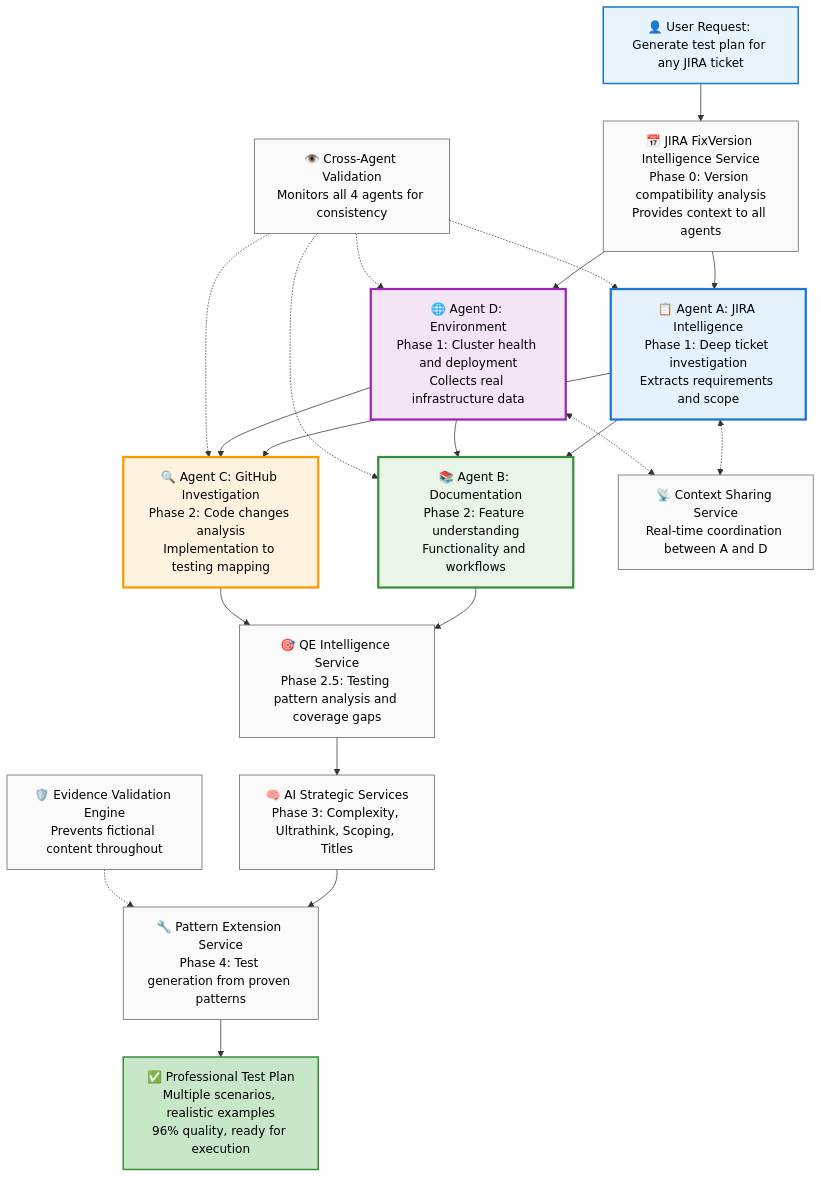
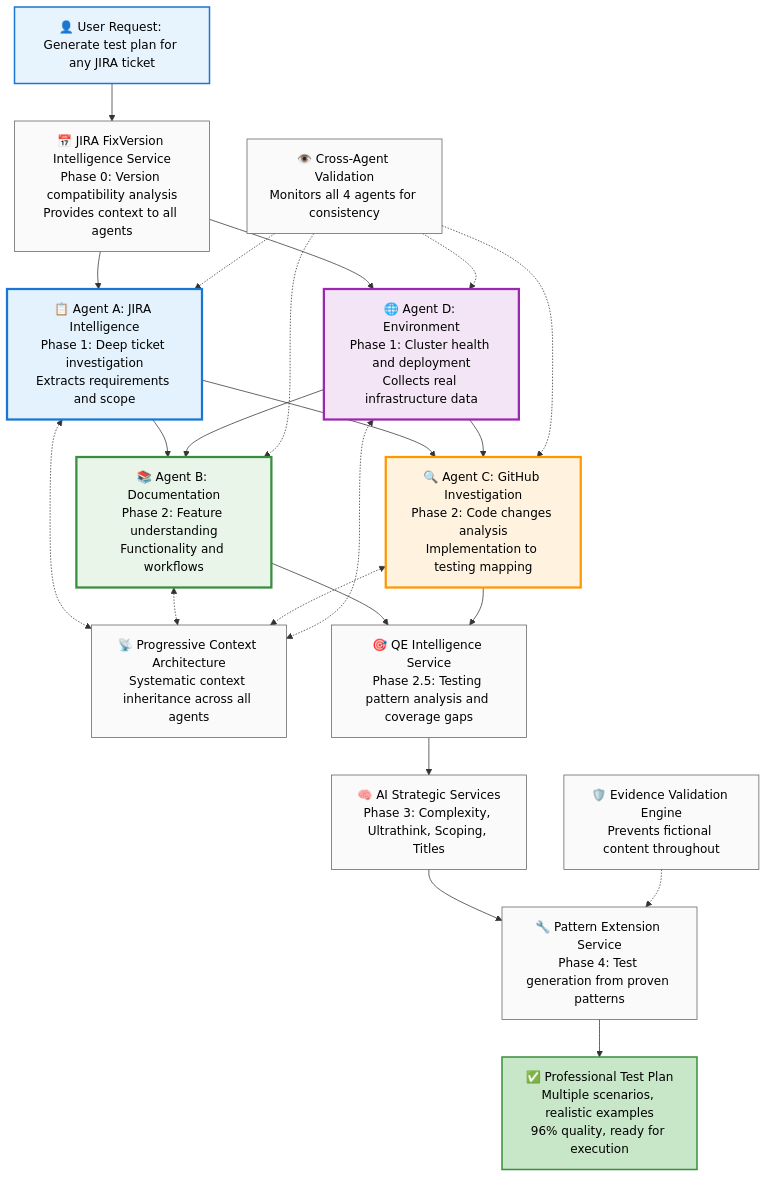
The diagram in apps/claude-test-generator/docs/agents_concepts_workflow.md (stolostron/ai-test-gen), drawn with Mermaid before and after one commit. The commit also changed other lines of this file and 63 other files, not shown here.

````diff
--- a/apps/claude-test-generator/docs/agents_concepts_workflow.md
+++ b/apps/claude-test-generator/docs/agents_concepts_workflow.md
@@ -38,76 +38,78 @@
 ```mermaid
 flowchart TB
     %% User Input
     START[👤 User Request: Generate test plan for any JIRA ticket]
     
     %% Phase 0: AI Services Foundation
     VERSION_SERVICE[📅 JIRA FixVersion Intelligence Service<br/>Phase 0: Version compatibility analysis<br/>Provides context to all agents]
     
     %% Phase 1: The 4 Core Agents (Parallel)
     AGENT_A[📋 Agent A: JIRA Intelligence<br/>Phase 1: Deep ticket investigation<br/>Extracts requirements and scope]
     AGENT_D[🌐 Agent D: Environment<br/>Phase 1: Cluster health and deployment<br/>Collects real infrastructure data]
     
     %% Phase 2: Investigation Agents (Parallel)
     AGENT_B[📚 Agent B: Documentation<br/>Phase 2: Feature understanding<br/>Functionality and workflows]
     AGENT_C[🔍 Agent C: GitHub Investigation<br/>Phase 2: Code changes analysis<br/>Implementation to testing mapping]
     
     %% AI Services Supporting the Framework
-    CONTEXT_SERVICE[📡 Context Sharing Service<br/>Real-time coordination between A and D]
+    CONTEXT_ARCHITECTURE[📡 Progressive Context Architecture<br/>Systematic context inheritance across all agents]
     QE_SERVICE[🎯 QE Intelligence Service<br/>Phase 2.5: Testing pattern analysis and coverage gaps]
     AI_SERVICES[🧠 AI Strategic Services<br/>Phase 3: Complexity, Ultrathink, Scoping, Titles]
     PATTERN_SERVICE[🔧 Pattern Extension Service<br/>Phase 4: Test generation from proven patterns]
     
     %% Quality Services
     VALIDATION_SERVICE[🛡️ Evidence Validation Engine<br/>Prevents fictional content throughout]
     CROSS_VALIDATION[👁️ Cross-Agent Validation<br/>Monitors all 4 agents for consistency]
     
     %% Final Result
     FINAL[✅ Professional Test Plan<br/>Multiple scenarios, realistic examples<br/>96% quality, ready for execution]
     
     %% Main Agent Flow
     START --> VERSION_SERVICE
     VERSION_SERVICE --> AGENT_A
     VERSION_SERVICE --> AGENT_D
     
     AGENT_A --> AGENT_B
     AGENT_A --> AGENT_C
     AGENT_D --> AGENT_B
     AGENT_D --> AGENT_C
     
     AGENT_B --> QE_SERVICE
     AGENT_C --> QE_SERVICE
     
     QE_SERVICE --> AI_SERVICES
     AI_SERVICES --> PATTERN_SERVICE
     PATTERN_SERVICE --> FINAL
     
     %% Supporting Service Connections
-    AGENT_A <-.-> CONTEXT_SERVICE
-    AGENT_D <-.-> CONTEXT_SERVICE
+    AGENT_A <-.-> CONTEXT_ARCHITECTURE
+    AGENT_B <-.-> CONTEXT_ARCHITECTURE
+    AGENT_C <-.-> CONTEXT_ARCHITECTURE
+    AGENT_D <-.-> CONTEXT_ARCHITECTURE
     
     CROSS_VALIDATION -.-> AGENT_A
     CROSS_VALIDATION -.-> AGENT_B
     CROSS_VALIDATION -.-> AGENT_C
     CROSS_VALIDATION -.-> AGENT_D
     
     VALIDATION_SERVICE -.-> PATTERN_SERVICE
     
     %% Clear 4-Agent Styling
     style AGENT_A fill:#e3f2fd,stroke:#1976d2,stroke-width:3px,color:#000
     style AGENT_B fill:#e8f5e8,stroke:#388e3c,stroke-width:3px,color:#000
     style AGENT_C fill:#fff3e0,stroke:#ff9800,stroke-width:3px,color:#000
     style AGENT_D fill:#f3e5f5,stroke:#9c27b0,stroke-width:3px,color:#000
     
     %% AI Services Styling (clearly distinct)
     style VERSION_SERVICE fill:#fafafa,stroke:#616161,stroke-width:1px,color:#000
     style QE_SERVICE fill:#fafafa,stroke:#616161,stroke-width:1px,color:#000
     style AI_SERVICES fill:#fafafa,stroke:#616161,stroke-width:1px,color:#000
     style PATTERN_SERVICE fill:#fafafa,stroke:#616161,stroke-width:1px,color:#000
     style VALIDATION_SERVICE fill:#fafafa,stroke:#616161,stroke-width:1px,color:#000
-    style CONTEXT_SERVICE fill:#fafafa,stroke:#616161,stroke-width:1px,color:#000
+    style CONTEXT_ARCHITECTURE fill:#fafafa,stroke:#616161,stroke-width:1px,color:#000
     style CROSS_VALIDATION fill:#fafafa,stroke:#616161,stroke-width:1px,color:#000
     
     %% Special Styling
     style START fill:#e8f4fd,stroke:#1976d2,stroke-width:2px,color:#000
     style FINAL fill:#c8e6c8,stroke:#388e3c,stroke-width:2px,color:#000
 ```
````
